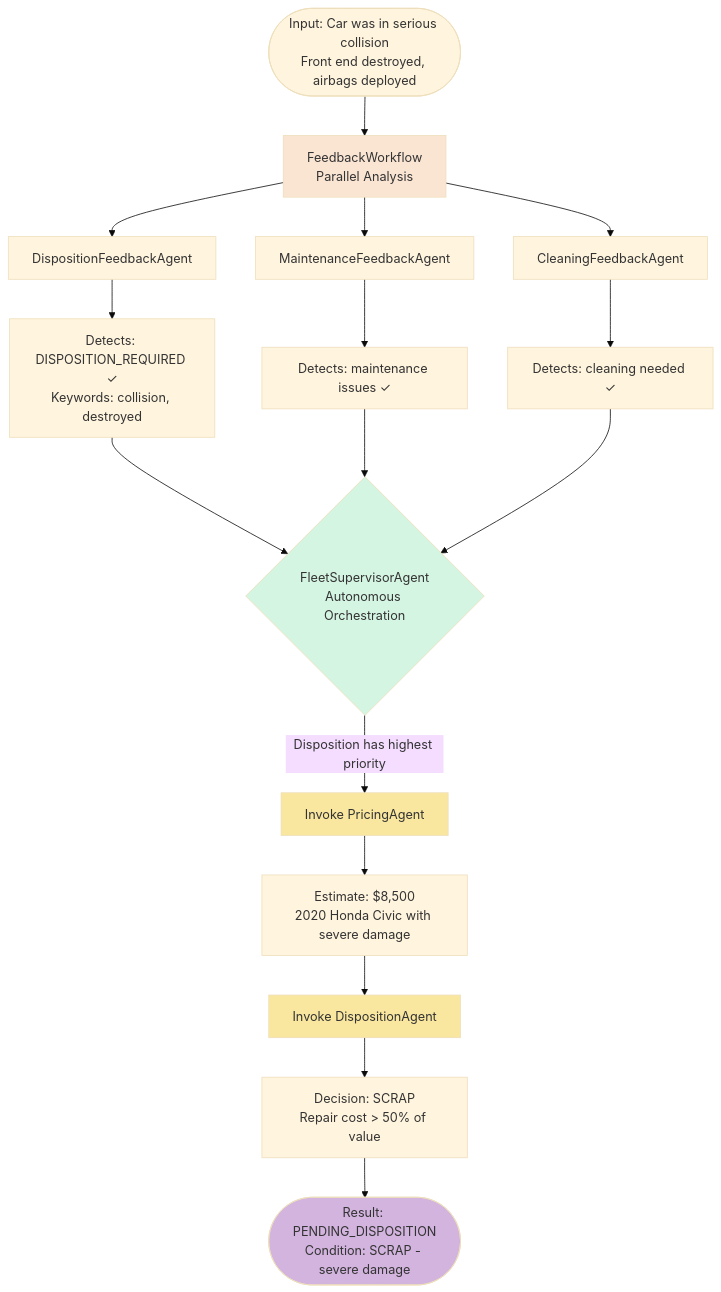
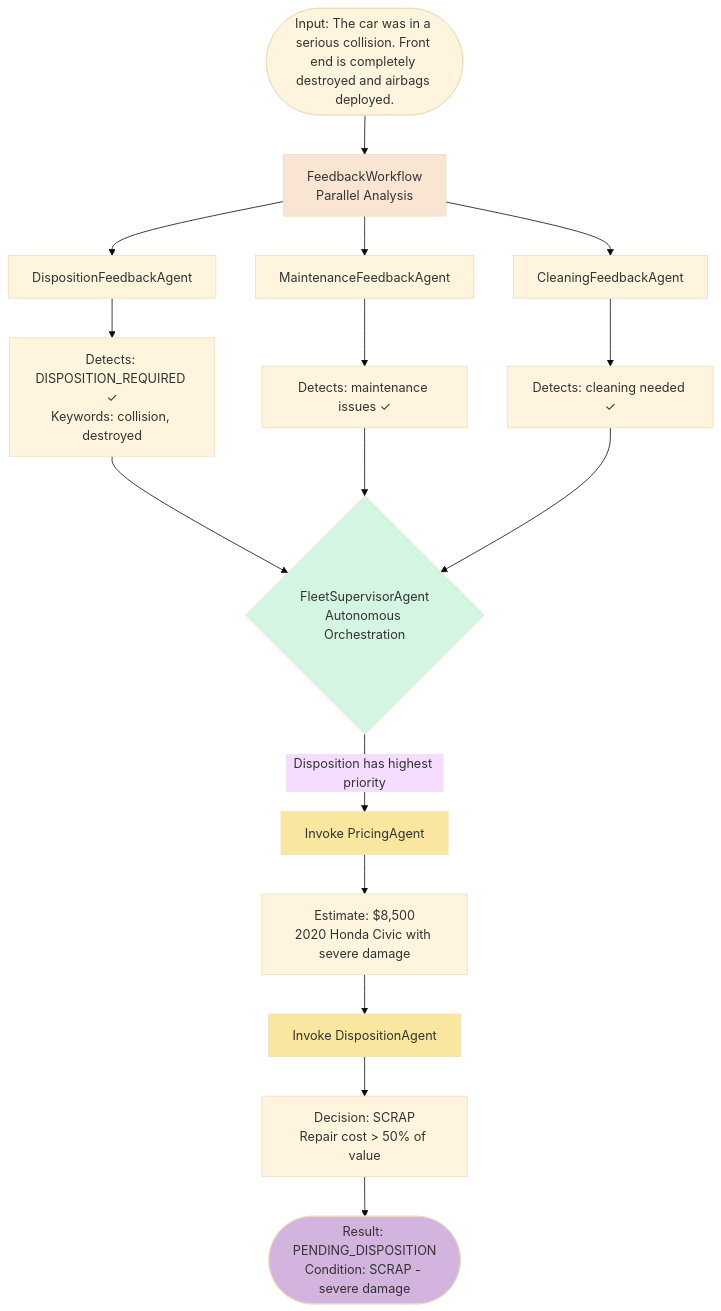
One commit to mbroz2/jcon-europe-2026 changed the second of 5 diagrams in docs/docs/step-04.md. Above: the diagram before and after it, drawn with Mermaid (base theme). The commit also changed other lines of this file, not shown here.

````diff
--- a/docs/docs/step-04.md
+++ b/docs/docs/step-04.md
@@ -370,30 +374,30 @@
 ```mermaid
 flowchart TD
-    Start([Input: Car was in serious collision<br/>Front end destroyed, airbags deployed])
+    Start([Input: The car was in a serious collision. Front end is completely destroyed and airbags deployed.])
     
     Start --> FW[FeedbackWorkflow<br/>Parallel Analysis]
     
     FW --> DFA[DispositionFeedbackAgent]
     FW --> MFA[MaintenanceFeedbackAgent]
     FW --> CFA[CleaningFeedbackAgent]
     
     DFA --> DR[Detects: DISPOSITION_REQUIRED ✓<br/>Keywords: collision, destroyed]
     MFA --> MR[Detects: maintenance issues ✓]
     CFA --> CR[Detects: cleaning needed ✓]
     
     DR --> FSA{FleetSupervisorAgent<br/>Autonomous Orchestration}
     MR --> FSA
     CR --> FSA
     
     FSA -->|Disposition has highest priority| PA[Invoke PricingAgent]
     PA --> PV[Estimate: $8,500<br/>2020 Honda Civic with severe damage]
     PV --> DA[Invoke DispositionAgent]
     DA --> DD[Decision: SCRAP<br/>Repair cost > 50% of value]
     DD --> Result([Result: PENDING_DISPOSITION<br/>Condition: SCRAP - severe damage])
     
     style FW fill:#FAE5D3
     style FSA fill:#D5F5E3
     style PA fill:#F9E79F
     style DA fill:#F9E79F
     style Result fill:#D2B4DE
 ```
````
